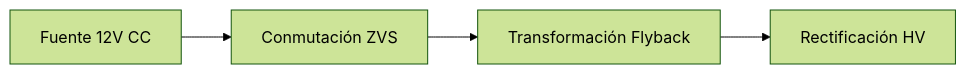
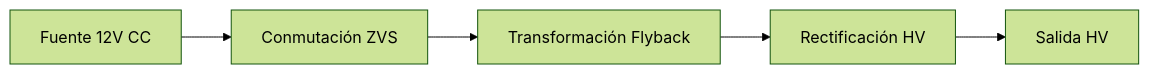
One commit to wabohorquezr/PEM changed the diagram in docs/fuente.md. Above: the diagram before and after it, drawn with Mermaid (forest theme). The commit also changed other lines of this file, not shown here.

````diff
--- a/docs/fuente.md
+++ b/docs/fuente.md
@@ -8,6 +11,7 @@
 ```mermaid
 flowchart LR
 A[Fuente 12V CC] --> B[Conmutación ZVS]
 B --> C[Transformación Flyback]
 C --> D[Rectificación HV]
+D --> E[Salida HV]
 ```
````
